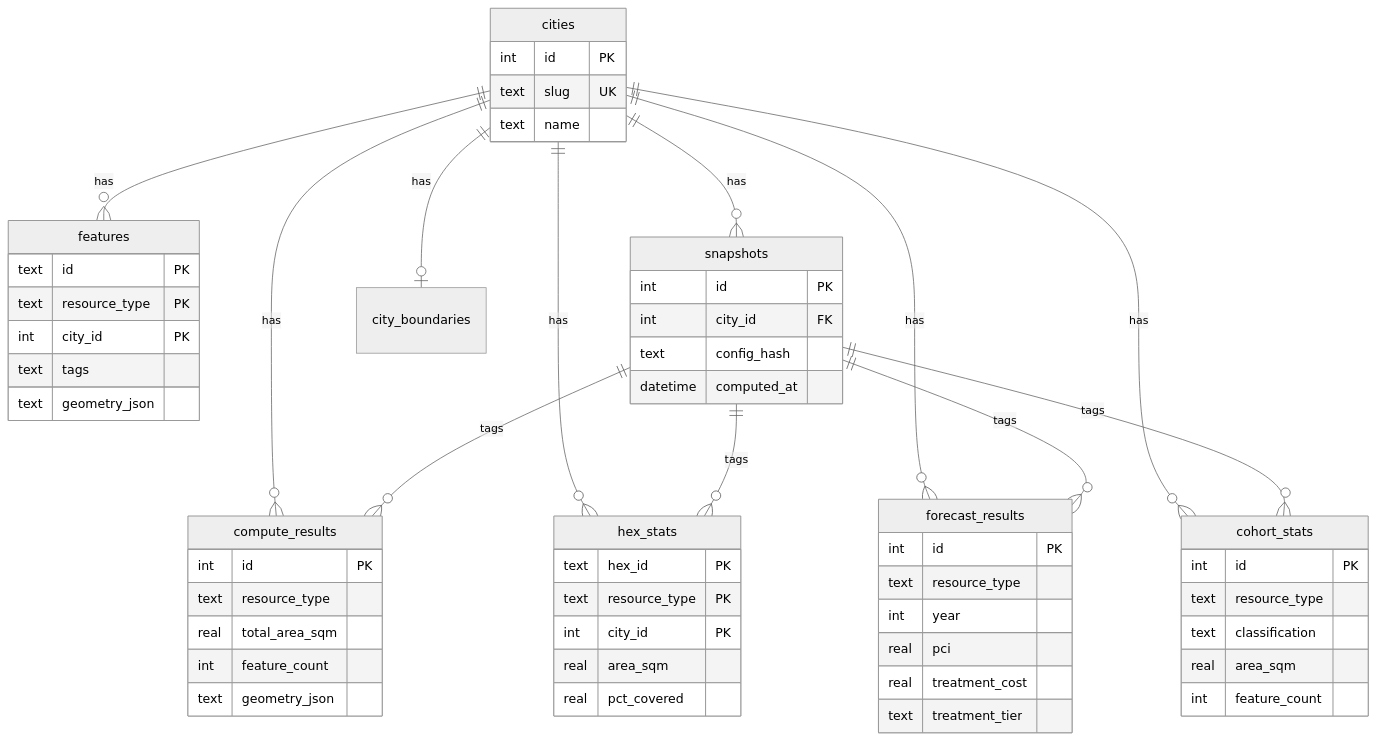
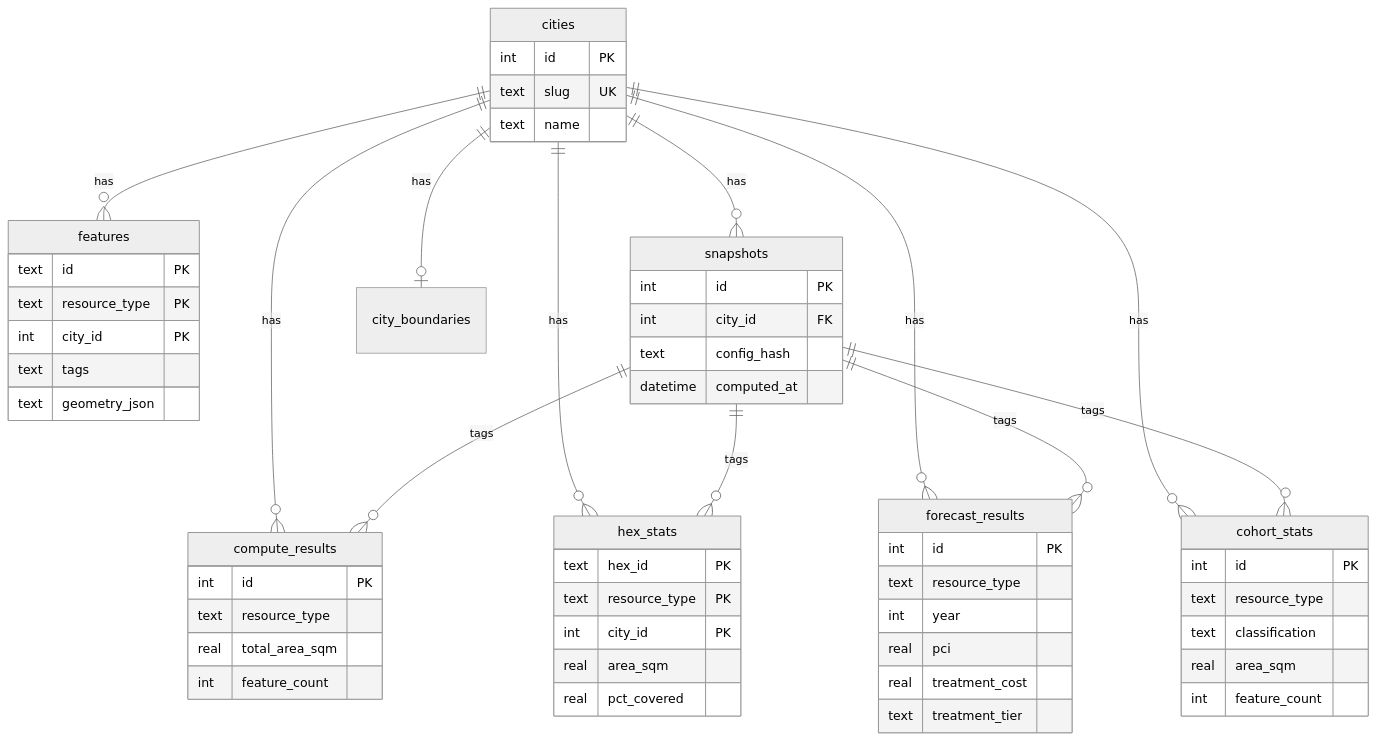
Before and after one commit to jcrussell/solvent-streets: the fourth of 4 diagrams in docs/architecture.md, drawn with Mermaid (neutral theme). The commit also changed other lines of this file and 20 other files, not shown here.

````diff
--- a/docs/architecture.md
+++ b/docs/architecture.md
@@ -87,63 +90,62 @@
 ```mermaid
 erDiagram
     cities ||--o{ features : has
     cities ||--o{ compute_results : has
     cities ||--o{ hex_stats : has
     cities ||--o{ forecast_results : has
     cities ||--o{ cohort_stats : has
     cities ||--o{ snapshots : has
     cities ||--o| city_boundaries : has
 
     snapshots ||--o{ compute_results : tags
     snapshots ||--o{ hex_stats : tags
     snapshots ||--o{ forecast_results : tags
     snapshots ||--o{ cohort_stats : tags
 
     cities {
         int id PK
         text slug UK
         text name
     }
     snapshots {
         int id PK
         int city_id FK
         text config_hash
         datetime computed_at
     }
     features {
         text id PK
         text resource_type PK
         int city_id PK
         text tags
         text geometry_json
     }
     compute_results {
         int id PK
         text resource_type
         real total_area_sqm
         int feature_count
-        text geometry_json
     }
     hex_stats {
         text hex_id PK
         text resource_type PK
         int city_id PK
         real area_sqm
         real pct_covered
     }
     forecast_results {
         int id PK
         text resource_type
         int year
         real pci
         real treatment_cost
         text treatment_tier
     }
     cohort_stats {
         int id PK
         text resource_type
         text classification
         real area_sqm
         int feature_count
     }
 ```
````
